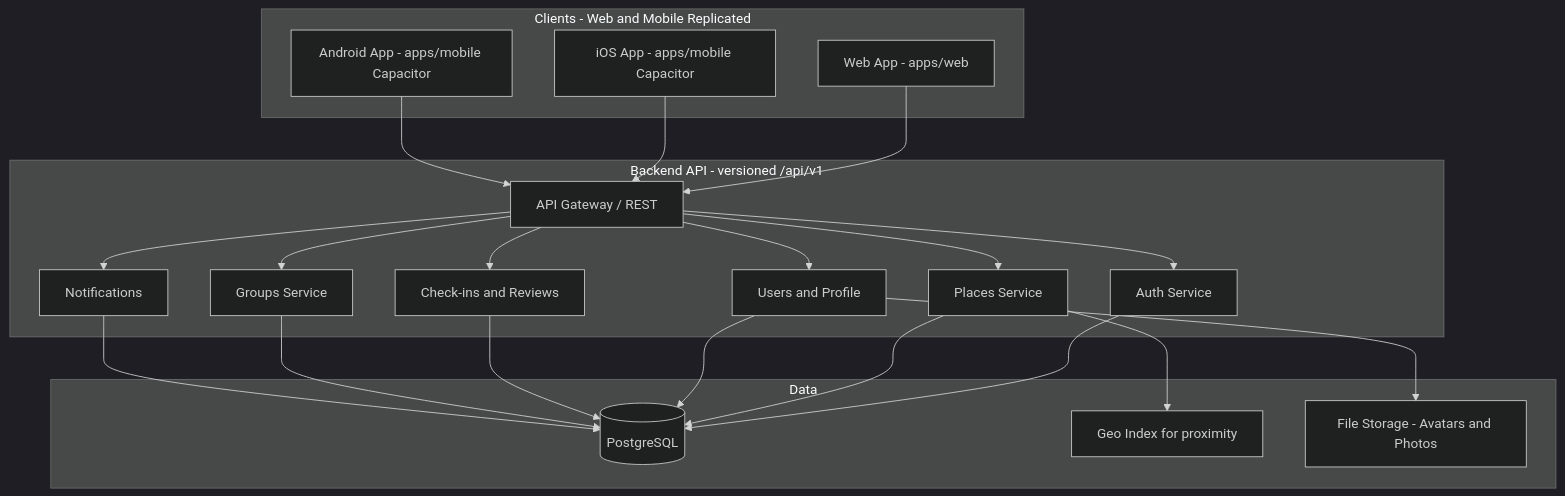
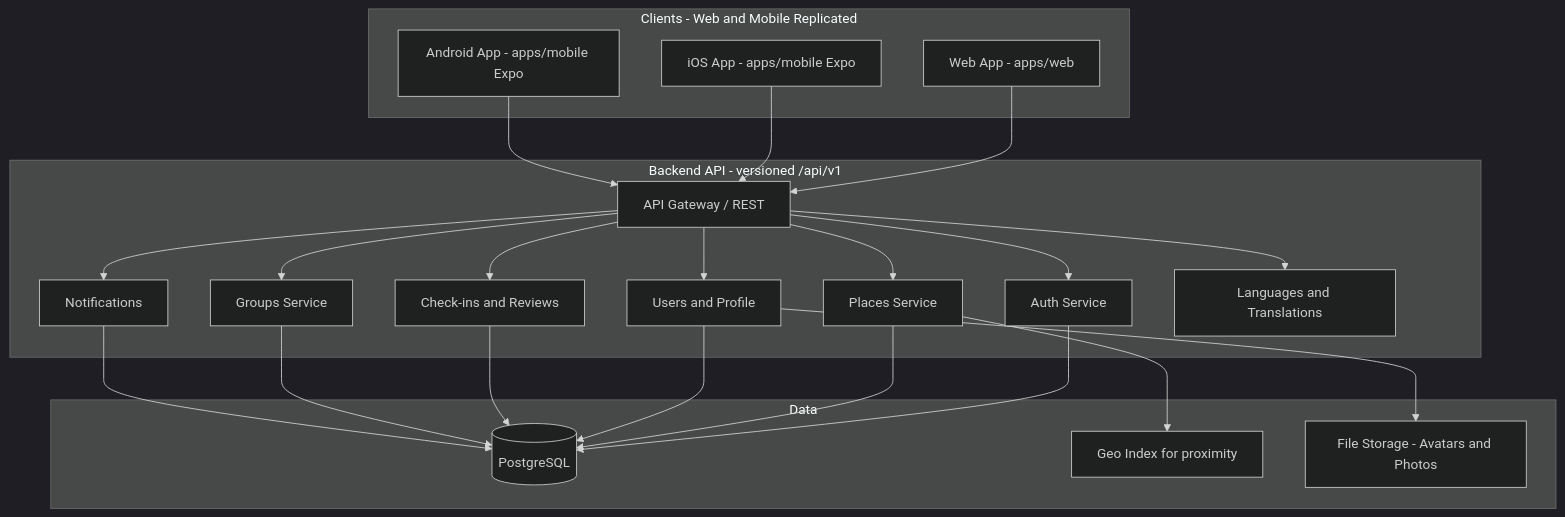
One commit to hussu97/pilgrimage-tracker changed the diagram in ARCHITECTURE.md. Above: the diagram before and after it, drawn with Mermaid (dark theme). The commit also changed other lines of this file and 48 other files, not shown here.

````diff
--- a/ARCHITECTURE.md
+++ b/ARCHITECTURE.md
@@ -17,42 +17,44 @@
 ```mermaid
 flowchart TB
     subgraph clients [Clients - Web and Mobile Replicated]
         Web[Web App - apps/web]
-        iOS[iOS App - apps/mobile Capacitor]
-        Android[Android App - apps/mobile Capacitor]
+        iOS[iOS App - apps/mobile Expo]
+        Android[Android App - apps/mobile Expo]
     end
 
     subgraph api [Backend API - versioned /api/v1]
         Gateway[API Gateway / REST]
         Auth[Auth Service]
         Places[Places Service]
         Users[Users and Profile]
         CheckIns[Check-ins and Reviews]
         Groups[Groups Service]
         Notifications[Notifications]
+        I18n[Languages and Translations]
     end
 
     subgraph data [Data]
         DB[(PostgreSQL)]
         Geo[Geo Index for proximity]
         Storage[File Storage - Avatars and Photos]
     end
 
     Web --> Gateway
     iOS --> Gateway
     Android --> Gateway
     Gateway --> Auth
     Gateway --> Places
     Gateway --> Users
     Gateway --> CheckIns
     Gateway --> Groups
     Gateway --> Notifications
+    Gateway --> I18n
     Auth --> DB
     Places --> DB
     Places --> Geo
     Users --> DB
     Users --> Storage
     CheckIns --> DB
     Groups --> DB
     Notifications --> DB
 ```
````
